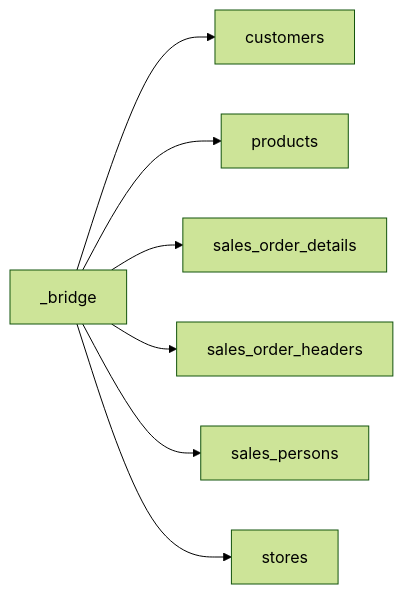
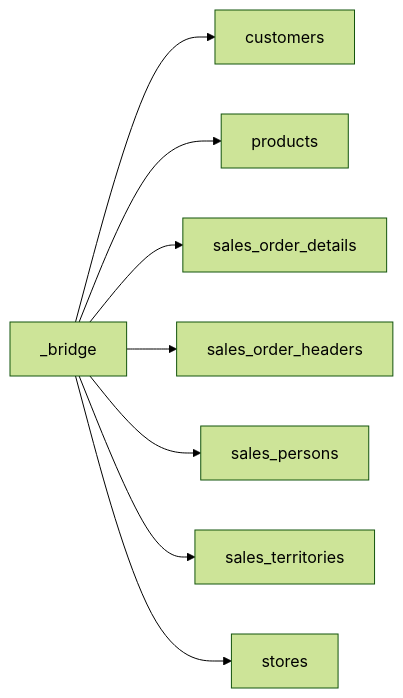
Before and after one commit to mattiasthalen/serverless-lakehouse: the third of 3 diagrams in README.md, drawn with Mermaid (forest theme). The commit also changed 23 other files, not shown here.

````diff
--- a/README.md
+++ b/README.md
@@ -78,9 +78,10 @@
 ```mermaid
 flowchart LR
     _bridge --> customers
     _bridge --> products
     _bridge --> sales_order_details
     _bridge --> sales_order_headers
     _bridge --> sales_persons
+    _bridge --> sales_territories
     _bridge --> stores
 ```
````
